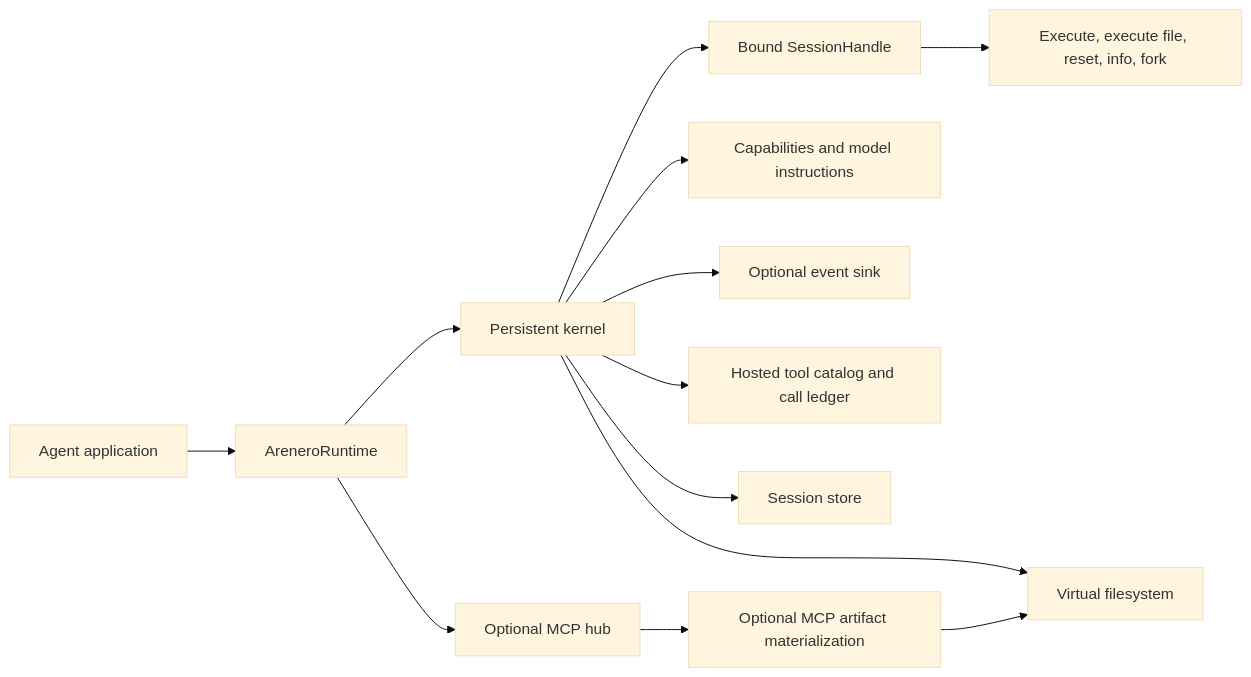
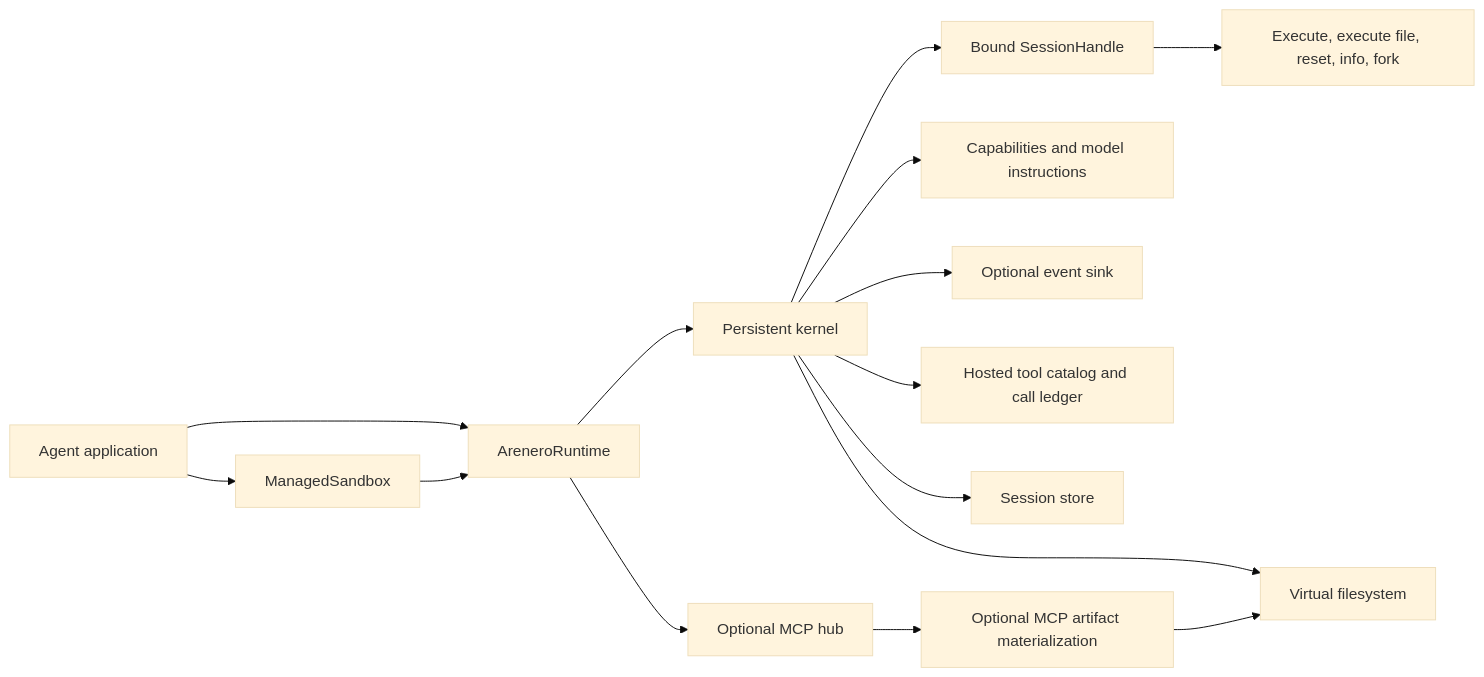
Before and after one commit to sgaseretto/arenero: the diagram in docs/quality-of-life.md, drawn with Mermaid (base theme). The commit also changed other lines of this file and 18 other files, not shown here.

Commit message:
feat: add managed sandbox and dynamic MCP

````diff
--- a/docs/quality-of-life.md
+++ b/docs/quality-of-life.md
@@ -8,15 +8,17 @@
 ```mermaid
 flowchart LR
     App["Agent application"] --> Runtime["AreneroRuntime"]
+    App --> Managed["ManagedSandbox"]
+    Managed --> Runtime
     Runtime --> Kernel["Persistent kernel"]
     Runtime --> Hub["Optional MCP hub"]
     Kernel --> Handle["Bound SessionHandle"]
     Handle --> Execute["Execute, execute file, reset, info, fork"]
     Kernel --> Report["Capabilities and model instructions"]
     Kernel --> Events["Optional event sink"]
     Kernel --> Hosted["Hosted tool catalog and call ledger"]
     Kernel --> Store["Session store"]
     Kernel --> Files["Virtual filesystem"]
     Hub --> Artifacts["Optional MCP artifact materialization"]
     Artifacts --> Files
 ```
````
